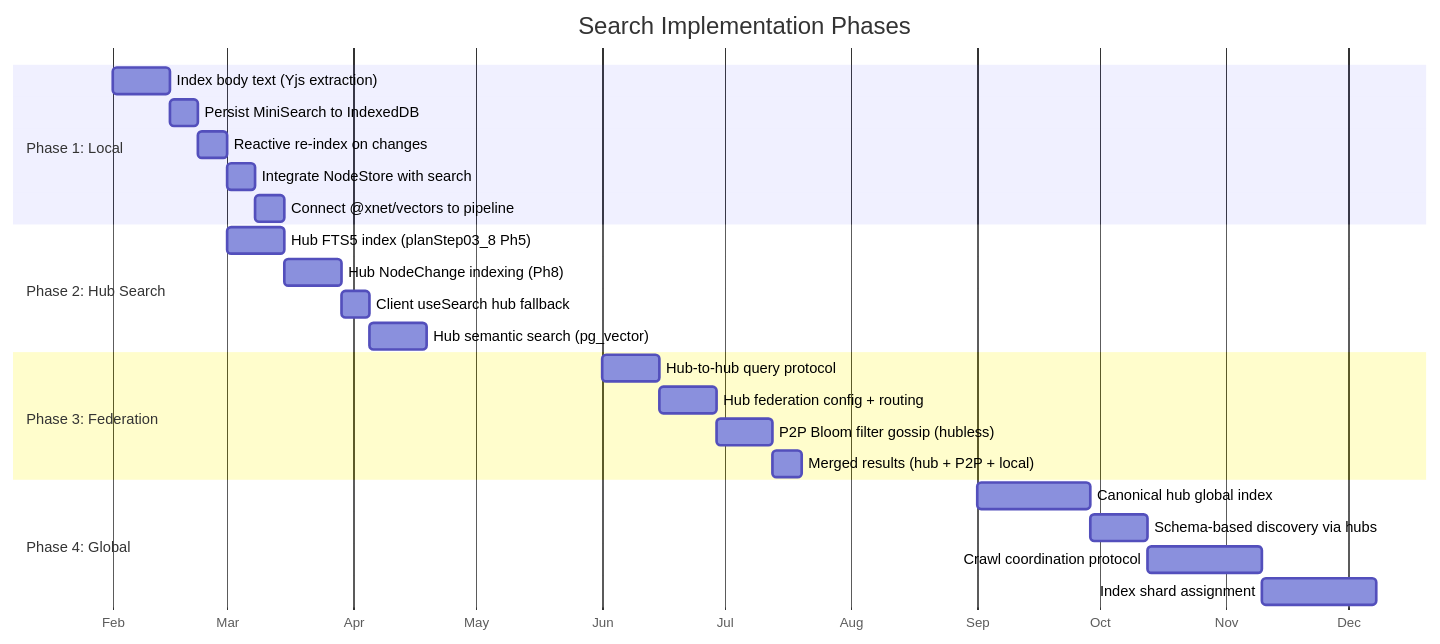
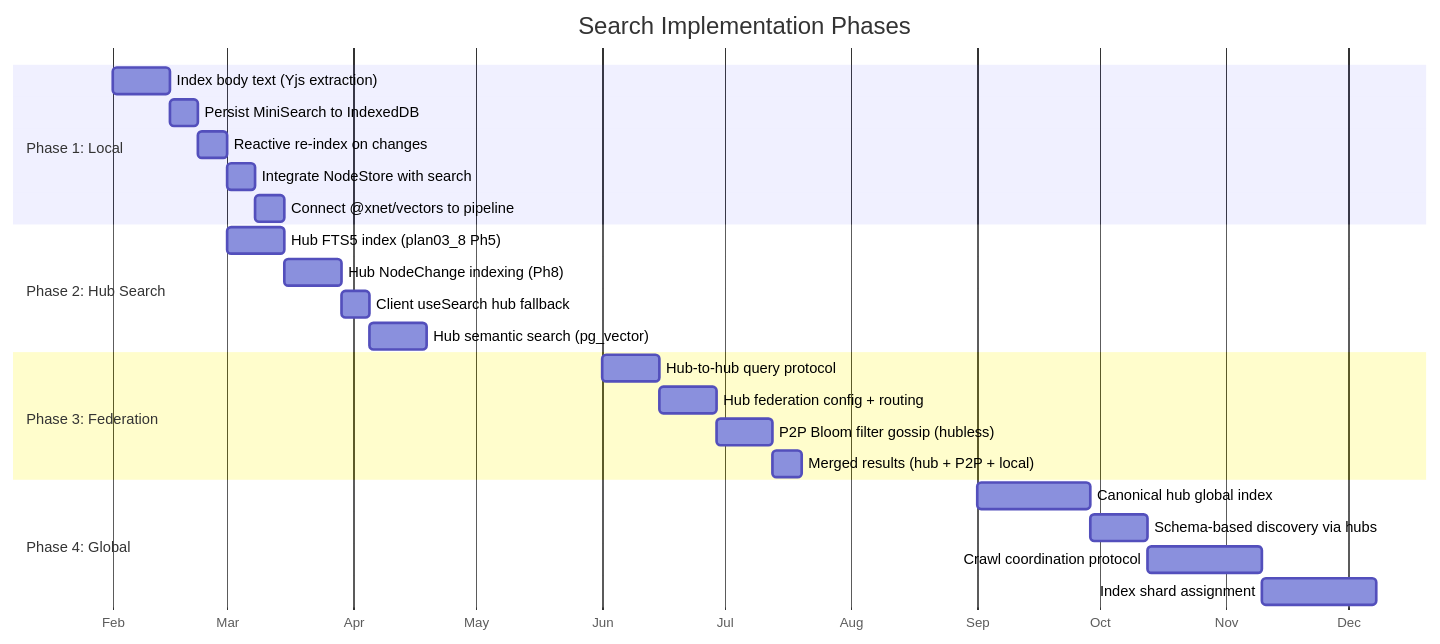
Diagram 12 of 12 in docs/explorations/0023_DECENTRALIZED_SEARCH.md (crs48/xNet), drawn with Mermaid before and after one commit. The commit also changed other lines of this file and 62 other files, not shown here.

````diff
--- a/docs/explorations/0023_DECENTRALIZED_SEARCH.md
+++ b/docs/explorations/0023_DECENTRALIZED_SEARCH.md
@@ -918,31 +918,31 @@
 ```mermaid
 gantt
     title Search Implementation Phases
     dateFormat YYYY-MM
     axisFormat %b
 
     section Phase 1: Local
     Index body text (Yjs extraction)    :p1a, 2026-02, 2w
     Persist MiniSearch to IndexedDB     :p1b, after p1a, 1w
     Reactive re-index on changes        :p1c, after p1b, 1w
     Integrate NodeStore with search     :p1d, after p1c, 1w
     Connect @xnet/vectors to pipeline   :p1e, after p1d, 1w
 
     section Phase 2: Hub Search
-    Hub FTS5 index (planStep03_8 Ph5)   :p2a, 2026-03, 2w
+    Hub FTS5 index (plan03_8 Ph5)   :p2a, 2026-03, 2w
     Hub NodeChange indexing (Ph8)       :p2b, after p2a, 2w
     Client useSearch hub fallback       :p2c, after p2b, 1w
     Hub semantic search (pg_vector)     :p2d, after p2c, 2w
 
     section Phase 3: Federation
     Hub-to-hub query protocol           :p3a, 2026-06, 2w
     Hub federation config + routing     :p3b, after p3a, 2w
     P2P Bloom filter gossip (hubless)   :p3c, after p3b, 2w
     Merged results (hub + P2P + local)  :p3d, after p3c, 1w
 
     section Phase 4: Global
     Canonical hub global index          :p4a, 2026-09, 4w
     Schema-based discovery via hubs     :p4b, after p4a, 2w
     Crawl coordination protocol         :p4c, after p4b, 4w
     Index shard assignment              :p4d, after p4c, 4w
 ```
````
